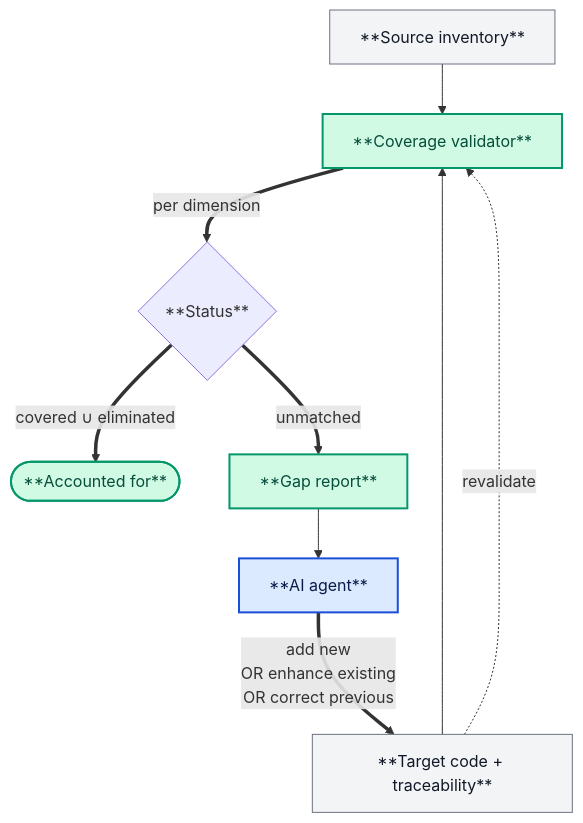
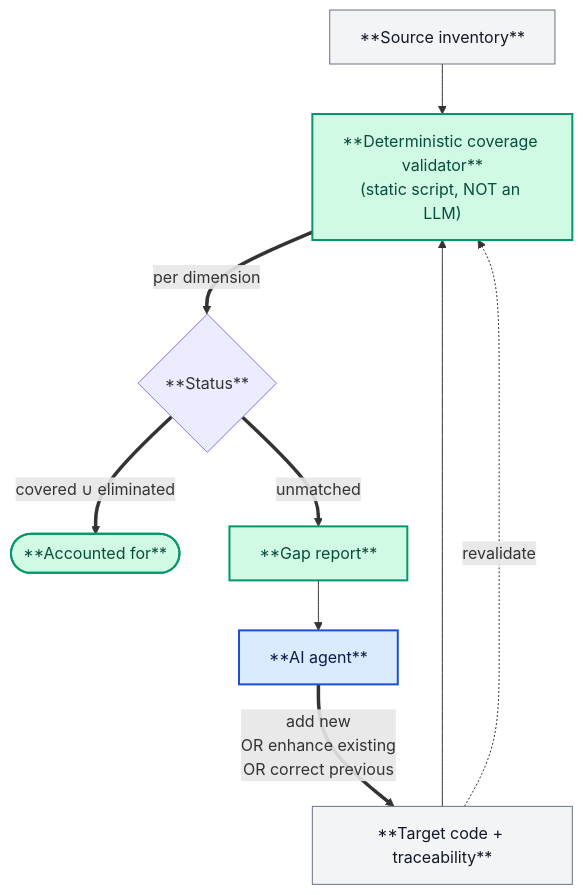
One commit to rd162/OSS_Migration changed the second of 5 diagrams in docs/article/image-prompts.md. Above: the diagram before and after it, drawn with Mermaid. The commit also changed other lines of this file and 2 other files, not shown here.

Commit message:
Adopt five-pillar AI modernization architecture

````diff
--- a/docs/article/image-prompts.md
+++ b/docs/article/image-prompts.md
@@ -179,15 +182,15 @@
 ```mermaid
 flowchart TB
-    Src["**Source inventory**"]:::art --> V["**Coverage validator**"]:::valid
+    Src["**Source inventory**"]:::art --> V["**Deterministic coverage validator**<br/>(static script, NOT an LLM)"]:::valid
     Tgt["**Target code + traceability**"]:::art --> V
     V == "per dimension" ==> R{"**Status**"}
     R == "covered ∪ eliminated" ==> OK(["**Accounted for**"]):::valid
     R == "unmatched" ==> GAP["**Gap report**"]:::valid
     GAP --> AI["**AI agent**"]:::ai
     AI == "add new<br/>OR enhance existing<br/>OR correct previous" ==> Tgt
     Tgt -. "revalidate" .-> V
 
     classDef ai fill:#dbeafe,stroke:#1d4ed8,stroke-width:2px,color:#0c1c4a;
     classDef valid fill:#d1fae5,stroke:#059669,stroke-width:2px,color:#064e3b;
     classDef art fill:#f3f4f6,stroke:#6b7280,stroke-width:1px,color:#111827;
 ```
````
